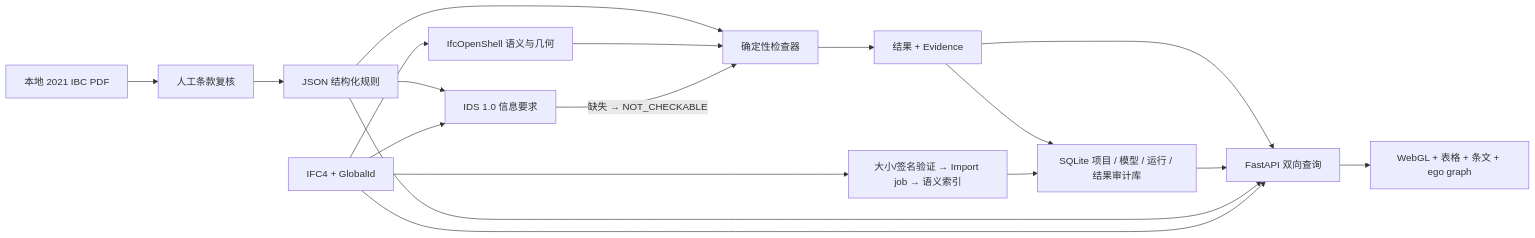
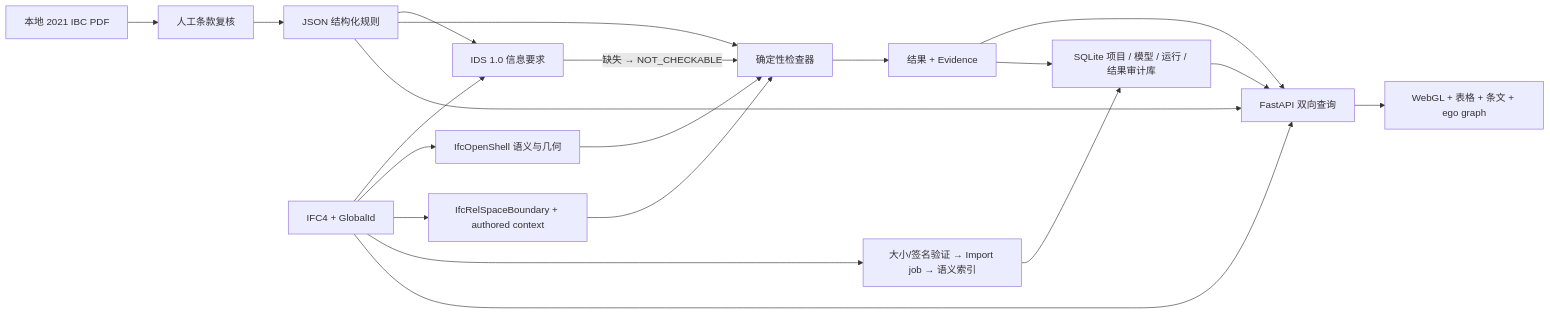
Before and after one commit to ralin0225/ifc-bidirectional-compliance-mvd: the first of 2 diagrams in docs/architecture.md, drawn with Mermaid. The commit also changed other lines of this file and 34 other files, not shown here.

````diff
--- a/docs/architecture.md
+++ b/docs/architecture.md
@@ -11,20 +11,22 @@
 ```mermaid
 flowchart LR
     PDF["本地 2021 IBC PDF"] --> Review["人工条款复核"]
     Review --> Rules["JSON 结构化规则"]
     Rules --> IDS["IDS 1.0 信息要求"]
     Rules --> Engine["确定性检查器"]
     IFC["IFC4 + GlobalId"] --> IDS
     IFC --> IfcOS["IfcOpenShell 语义与几何"]
     IfcOS --> Engine
+    IFC --> Relations["IfcRelSpaceBoundary + authored context"]
+    Relations --> Engine
     IDS -->|"缺失 → NOT_CHECKABLE"| Engine
     Engine --> Results["结果 + Evidence"]
     Results --> API["FastAPI 双向查询"]
     Results --> SQLite["SQLite 项目 / 模型 / 运行 / 结果审计库"]
     IFC --> Import["大小/签名验证 → Import job → 语义索引"]
     Import --> SQLite
     SQLite --> API
     Rules --> API
     IFC --> API
     API --> UI["WebGL + 表格 + 条文 + ego graph"]
 ```
````
